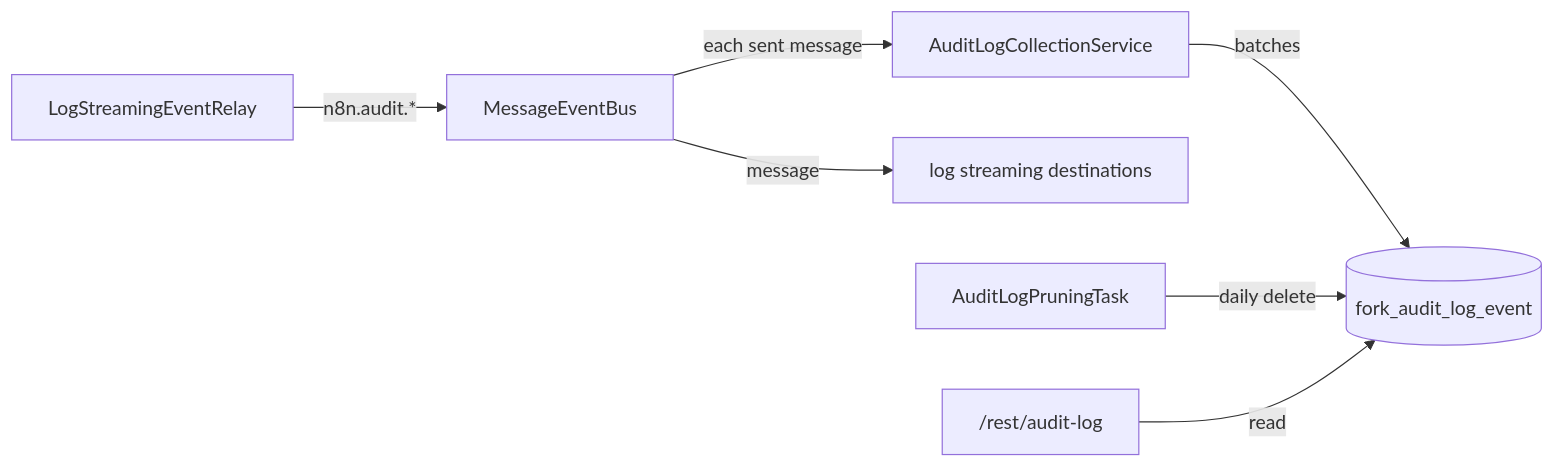
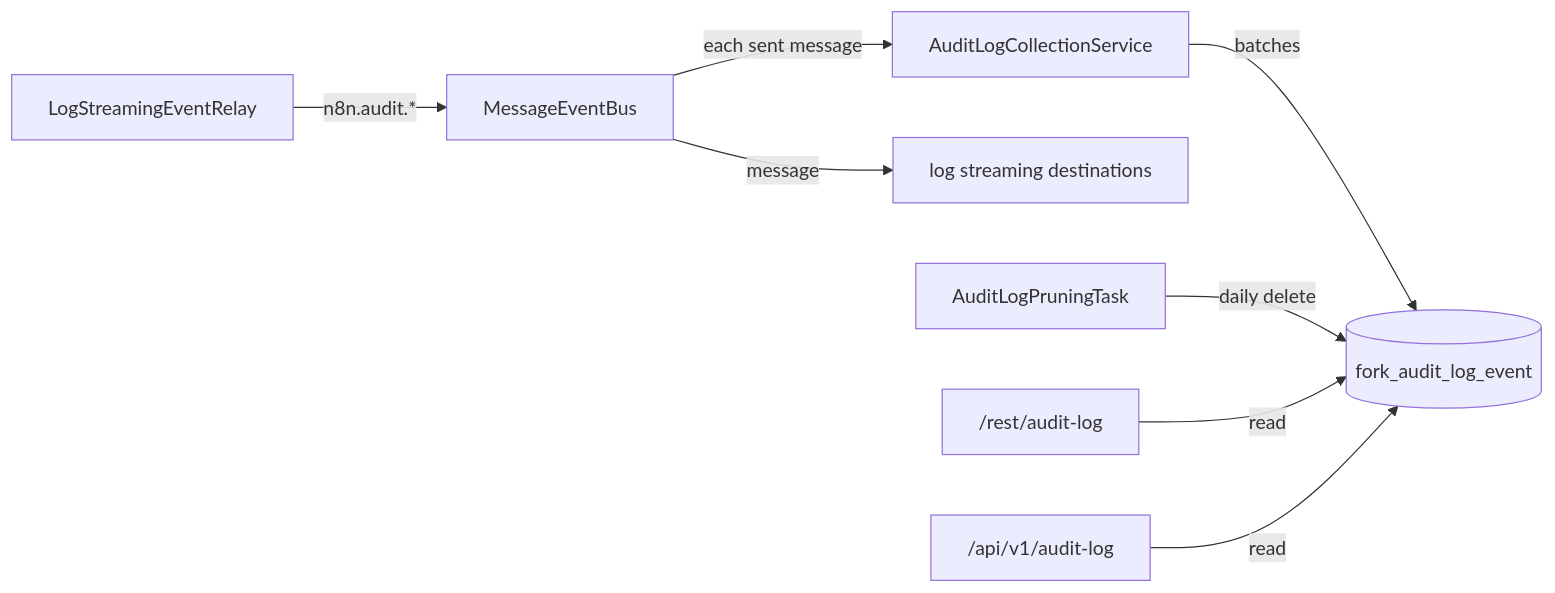
The diagram in packages/cli/src/modules/audit-log/README.md (sreent/n8n), drawn with Mermaid before and after one commit. The commit also changed other lines of this file and 19 other files, not shown here.

First line of the commit message:
feat(core): Add the audit log to the public API

````diff
--- a/packages/cli/src/modules/audit-log/README.md
+++ b/packages/cli/src/modules/audit-log/README.md
@@ -31,9 +31,10 @@
 ```mermaid
 flowchart LR
   relay["LogStreamingEventRelay"] -- n8n.audit.* --> bus["MessageEventBus"]
   bus -- each sent message --> collection["AuditLogCollectionService"]
   bus -- message --> destinations["log streaming destinations"]
   collection -- batches --> table[("fork_audit_log_event")]
   task["AuditLogPruningTask"] -- daily delete --> table
   api["/rest/audit-log"] -- read --> table
+  publicApi["/api/v1/audit-log"] -- read --> table
 ```
````
